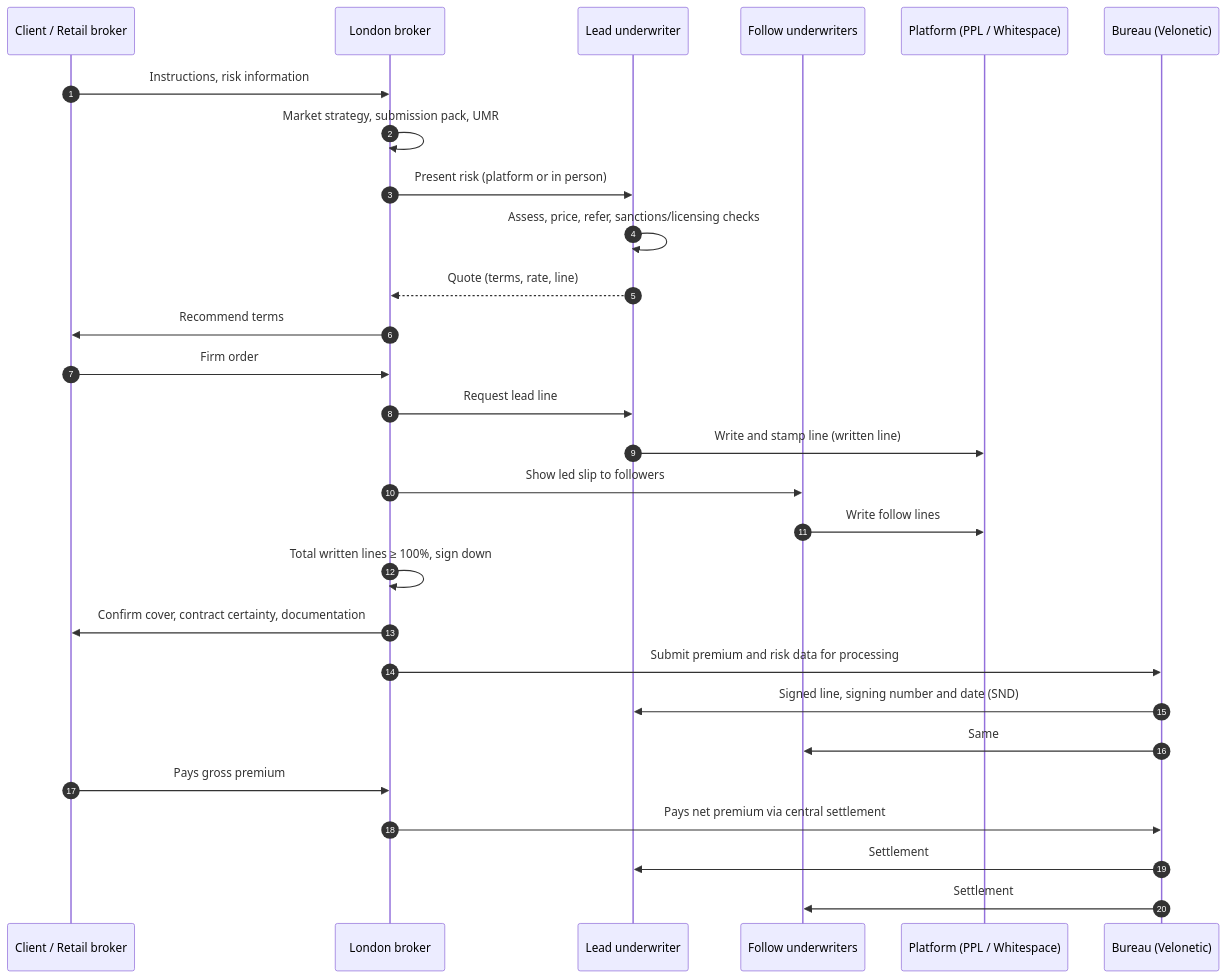
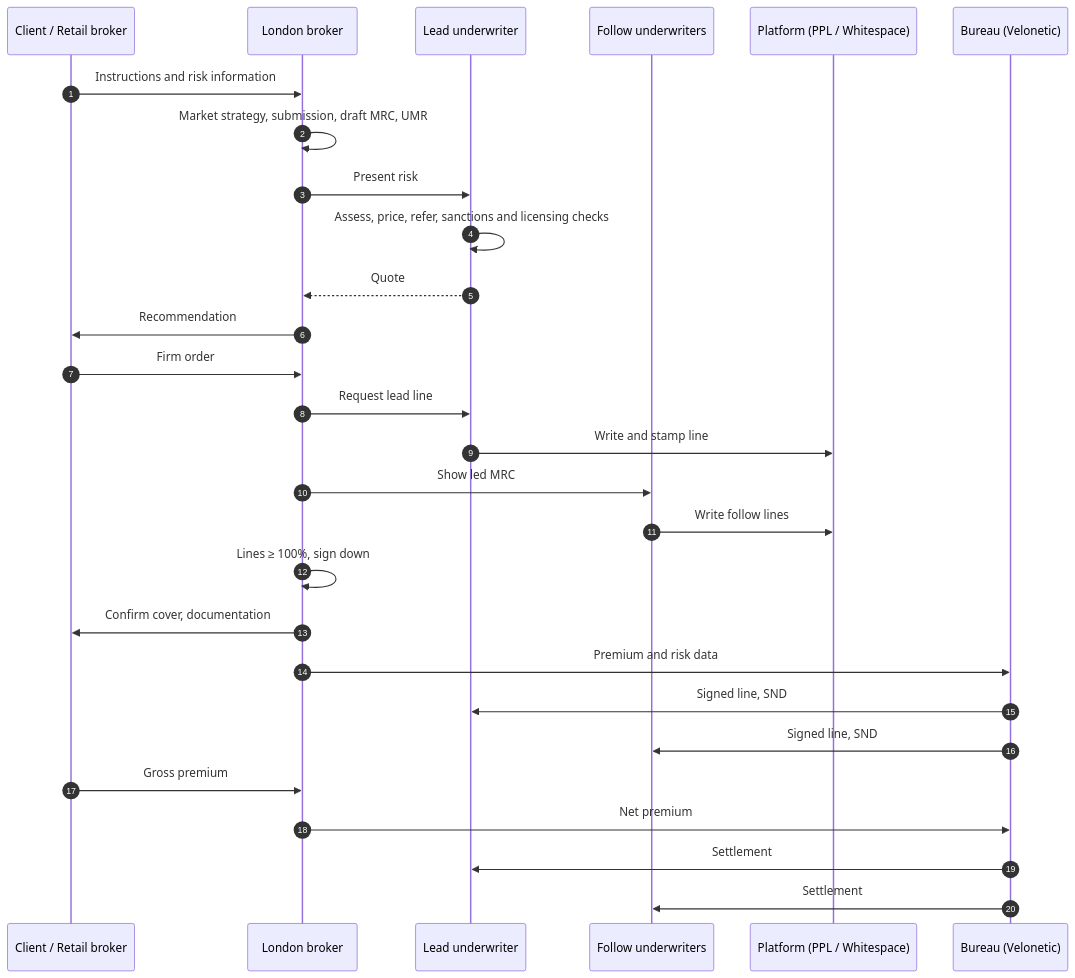
Before and after one commit to gazal-gupta/Insurance-Domain: the first of 2 diagrams in london-market-lloyds-guide/04-Intermediate-Placement-and-Underwriting.md, drawn with Mermaid. The commit also changed other lines of this file, not shown here.

````diff
--- a/london-market-lloyds-guide/04-Intermediate-Placement-and-Underwriting.md
+++ b/london-market-lloyds-guide/04-Intermediate-Placement-and-Underwriting.md
@@ -21,30 +33,30 @@
 ```mermaid
 sequenceDiagram
   autonumber
   participant C as Client / Retail broker
   participant B as London broker
   participant L as Lead underwriter
   participant F as Follow underwriters
   participant P as Platform (PPL / Whitespace)
   participant V as Bureau (Velonetic)
-  C->>B: Instructions, risk information
-  B->>B: Market strategy, submission pack, UMR
-  B->>L: Present risk (platform or in person)
-  L->>L: Assess, price, refer, sanctions/licensing checks
-  L-->>B: Quote (terms, rate, line)
-  B->>C: Recommend terms
+  C->>B: Instructions and risk information
+  B->>B: Market strategy, submission, draft MRC, UMR
+  B->>L: Present risk
+  L->>L: Assess, price, refer, sanctions and licensing checks
+  L-->>B: Quote
+  B->>C: Recommendation
   C->>B: Firm order
   B->>L: Request lead line
-  L->>P: Write and stamp line (written line)
-  B->>F: Show led slip to followers
+  L->>P: Write and stamp line
+  B->>F: Show led MRC
   F->>P: Write follow lines
-  B->>B: Total written lines ≥ 100%, sign down
-  B->>C: Confirm cover, contract certainty, documentation
-  B->>V: Submit premium and risk data for processing
-  V->>L: Signed line, signing number and date (SND)
-  V->>F: Same
-  C->>B: Pays gross premium
-  B->>V: Pays net premium via central settlement
+  B->>B: Lines ≥ 100%, sign down
+  B->>C: Confirm cover, documentation
+  B->>V: Premium and risk data
+  V->>L: Signed line, SND
+  V->>F: Signed line, SND
+  C->>B: Gross premium
+  B->>V: Net premium
   V->>L: Settlement
   V->>F: Settlement
 ```
````
